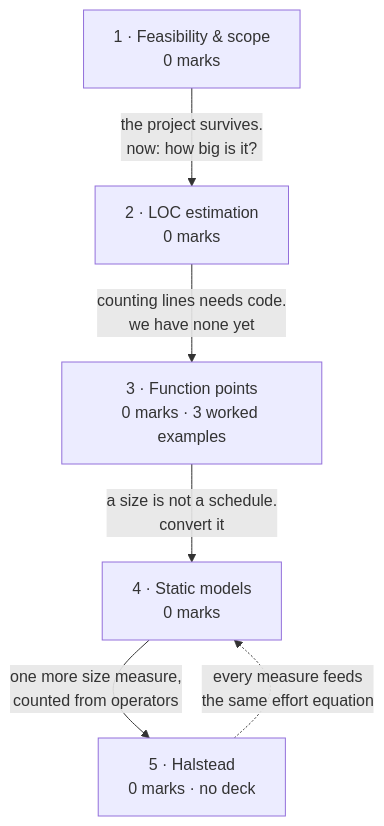
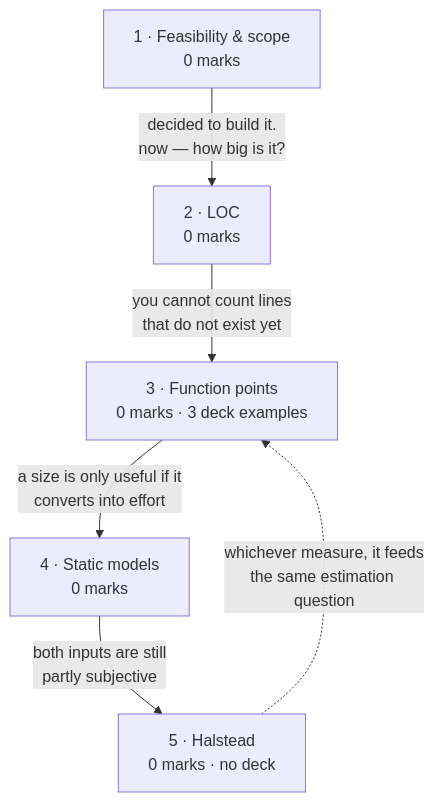
The diagram in wiki/topics/Project Planning/Software Size Estimation.md (abhiyansh-coding/SE_ob_vault), drawn with Mermaid before and after one commit. The commit also changed other lines of this file and 35 other files, not shown here.

First line of the commit message:
rebuild: replace the CN-derived schema with an SE-native one

````diff
--- a/wiki/topics/Project Planning/Software Size Estimation.md
+++ b/wiki/topics/Project Planning/Software Size Estimation.md
@@ -155,14 +196,14 @@
 ```mermaid
 graph TD
     S1["1 · Feasibility & scope<br/>0 marks"]
-    S2["2 · LOC estimation<br/>0 marks"]
-    S3["3 · Function points<br/>0 marks · 3 worked examples"]
+    S2["2 · LOC<br/>0 marks"]
+    S3["3 · Function points<br/>0 marks · 3 deck examples"]
     S4["4 · Static models<br/>0 marks"]
     S5["5 · Halstead<br/>0 marks · no deck"]
 
-    S1 -->|"the project survives.<br/>now: how big is it?"| S2
-    S2 -->|"counting lines needs code.<br/>we have none yet"| S3
-    S3 -->|"a size is not a schedule.<br/>convert it"| S4
-    S4 -->|"one more size measure,<br/>counted from operators"| S5
-    S5 -.->|"every measure feeds<br/>the same effort equation"| S4
+    S1 -->|"decided to build it.<br/>now — how big is it?"| S2
+    S2 -->|"you cannot count lines<br/>that do not exist yet"| S3
+    S3 -->|"a size is only useful if it<br/>converts into effort"| S4
+    S4 -->|"both inputs are still<br/>partly subjective"| S5
+    S5 -.->|"whichever measure, it feeds<br/>the same estimation question"| S3
 ```
````
